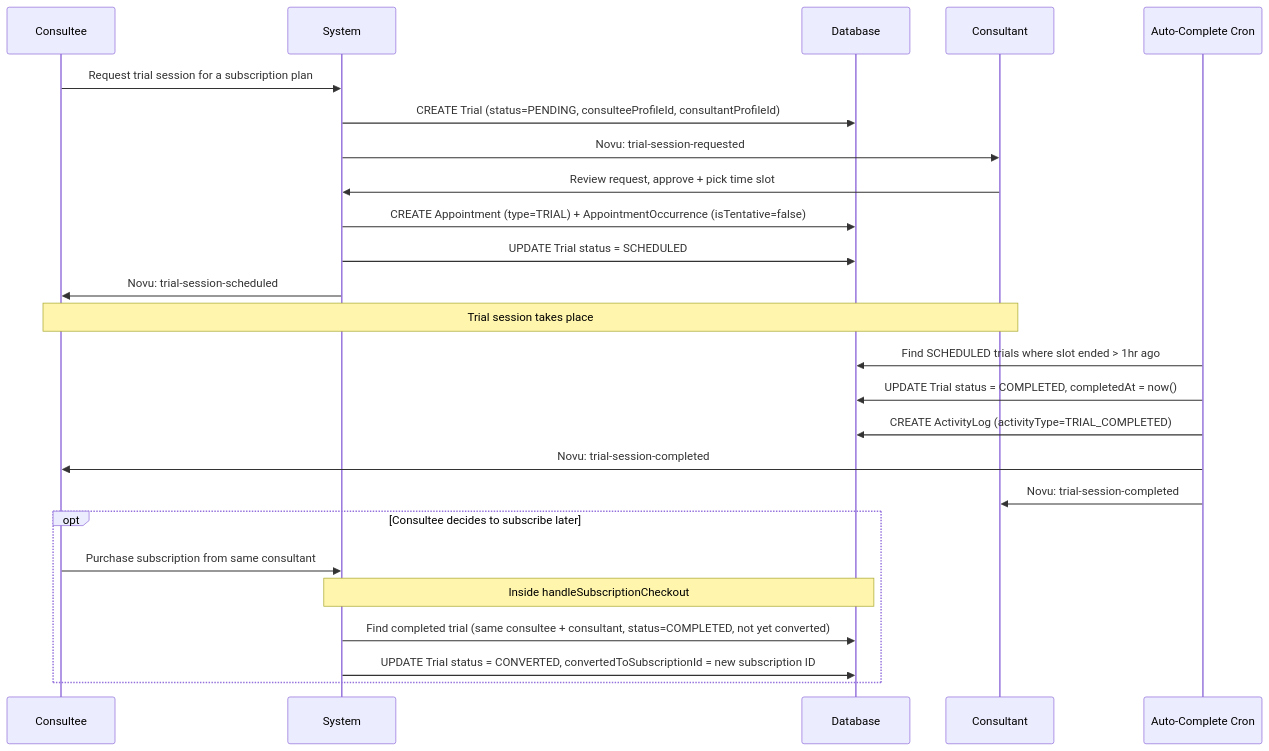
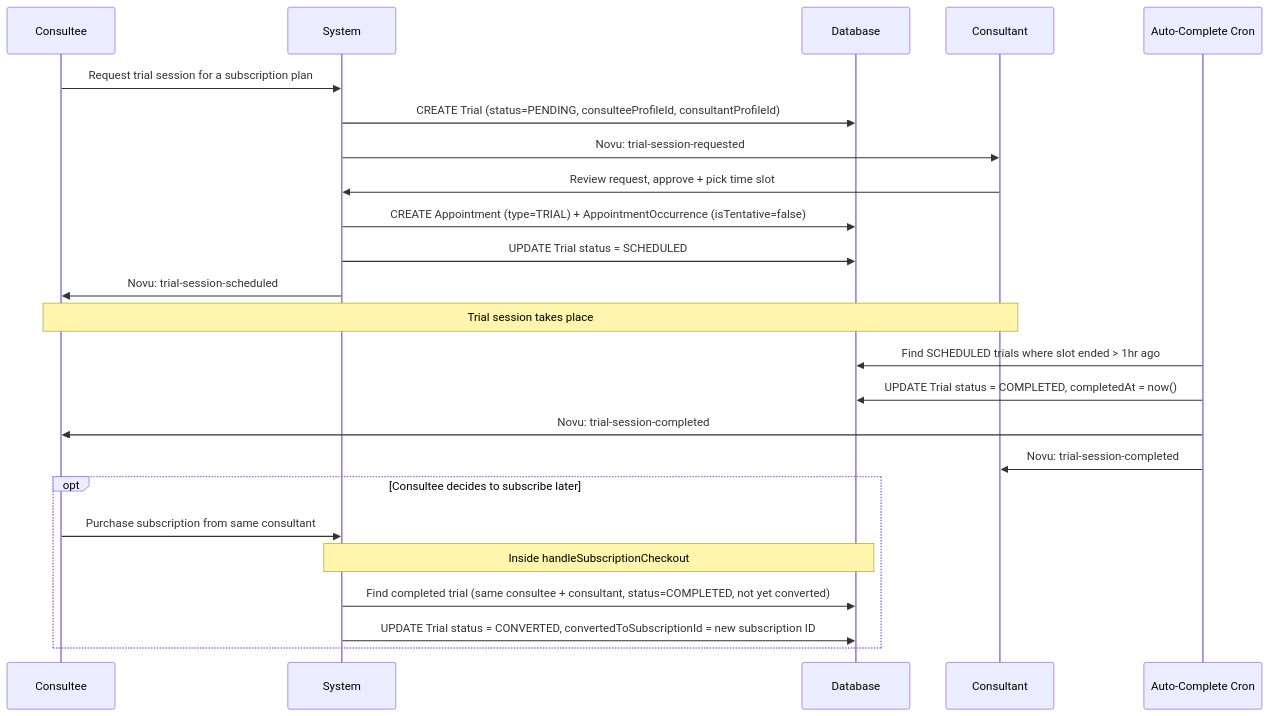
Before and after one commit to Practitionist/familiarise_web: the eighth of 16 diagrams in docs/booking/06-booking-lifecycle.md, drawn with Mermaid. The commit also changed other lines of this file and 33 other files, not shown here.

````diff
--- a/docs/booking/06-booking-lifecycle.md
+++ b/docs/booking/06-booking-lifecycle.md
@@ -663,32 +663,31 @@
 ```mermaid
 sequenceDiagram
     participant CE as Consultee
     participant SYS as System
     participant DB as Database
     participant CT as Consultant
     participant CRON as Auto-Complete Cron
 
     CE->>SYS: Request trial session for a subscription plan
     SYS->>DB: CREATE Trial (status=PENDING, consulteeProfileId, consultantProfileId)
     SYS->>CT: Novu: trial-session-requested
 
     CT->>SYS: Review request, approve + pick time slot
     SYS->>DB: CREATE Appointment (type=TRIAL) + AppointmentOccurrence (isTentative=false)
     SYS->>DB: UPDATE Trial status = SCHEDULED
     SYS->>CE: Novu: trial-session-scheduled
 
     Note over CE,CT: Trial session takes place
 
     CRON->>DB: Find SCHEDULED trials where slot ended > 1hr ago
     CRON->>DB: UPDATE Trial status = COMPLETED, completedAt = now()
-    CRON->>DB: CREATE ActivityLog (activityType=TRIAL_COMPLETED)
     CRON->>CE: Novu: trial-session-completed
     CRON->>CT: Novu: trial-session-completed
 
     opt Consultee decides to subscribe later
         CE->>SYS: Purchase subscription from same consultant
         Note over SYS,DB: Inside handleSubscriptionCheckout
         SYS->>DB: Find completed trial (same consultee + consultant, status=COMPLETED, not yet converted)
         SYS->>DB: UPDATE Trial status = CONVERTED, convertedToSubscriptionId = new subscription ID
     end
 ```
````
